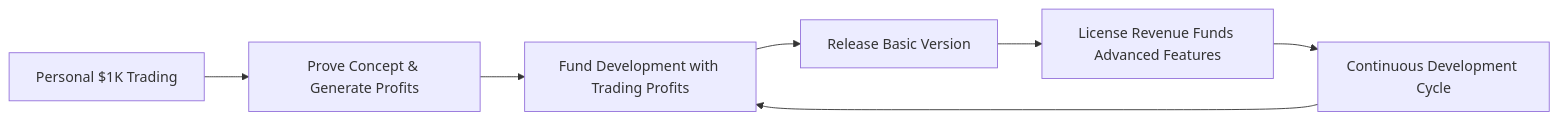
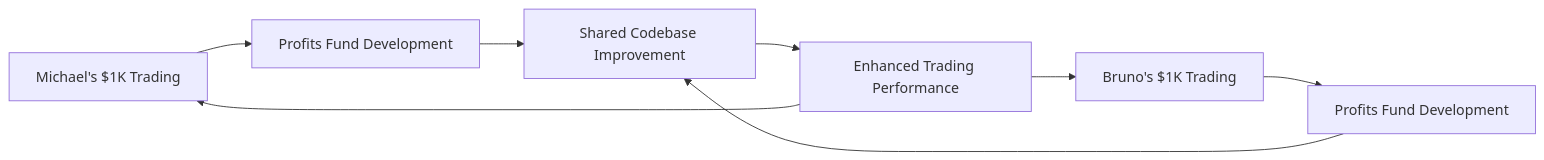
One commit to michaeloboyle/brainstorm-collaboration changed the sixth of 22 diagrams in ideas/polkadot-arbitrage-system.md. Above: the diagram before and after it, drawn with Mermaid. The commit also changed other lines of this file, not shown here.

````diff
--- a/ideas/polkadot-arbitrage-system.md
+++ b/ideas/polkadot-arbitrage-system.md
@@ -271,9 +235,10 @@
 ```mermaid
 graph LR
-    A[Personal $1K Trading] --> B[Prove Concept & Generate Profits]
-    B --> C[Fund Development with Trading Profits]
-    C --> D[Release Basic Version]
-    D --> E[License Revenue Funds Advanced Features]
-    E --> F[Continuous Development Cycle]
+    A[Michael's $1K Trading] --> B[Profits Fund Development]
+    C[Bruno's $1K Trading] --> D[Profits Fund Development]
+    B --> E[Shared Codebase Improvement]
+    D --> E
+    E --> F[Enhanced Trading Performance]
+    F --> A
     F --> C
 ```
````
